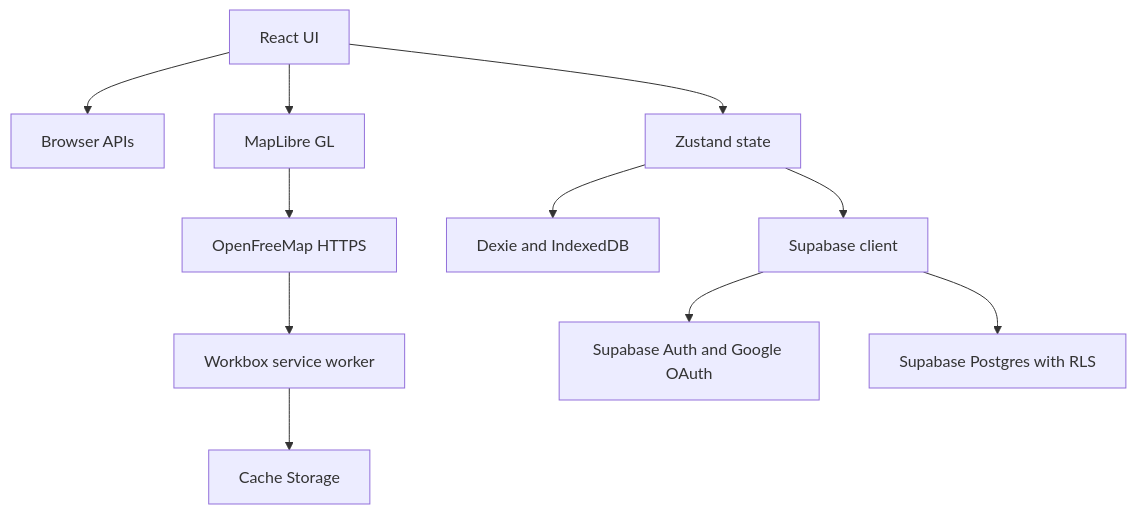
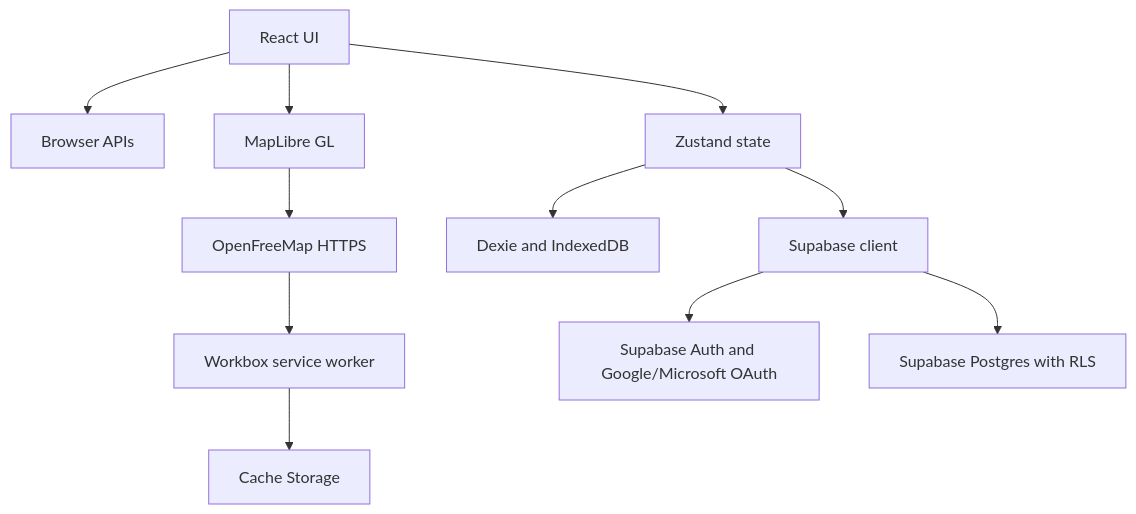
Before and after one commit to MadCowDevelopment/veloterra: the diagram in Architecture/4-System-Scope-and-Context/4.2-Technical-Context.md, drawn with Mermaid. The commit also changed other lines of this file and 19 other files, not shown here.

Commit message:
feat: add Microsoft OAuth support alongside Google for enhanced authentication options

````diff
--- a/Architecture/4-System-Scope-and-Context/4.2-Technical-Context.md
+++ b/Architecture/4-System-Scope-and-Context/4.2-Technical-Context.md
@@ -21,13 +21,13 @@
 ```mermaid
 graph TB
     UI[React UI] --> Browser[Browser APIs]
     UI --> Map[MapLibre GL]
     UI --> State[Zustand state]
     State --> Dexie[Dexie and IndexedDB]
     State --> SupabaseClient[Supabase client]
     Map --> OFM[OpenFreeMap HTTPS]
     SW[Workbox service worker] --> Cache[Cache Storage]
     OFM --> SW
-    SupabaseClient --> Auth[Supabase Auth and Google OAuth]
+    SupabaseClient --> Auth[Supabase Auth and Google/Microsoft OAuth]
     SupabaseClient --> Database[Supabase Postgres with RLS]
 ```
````
